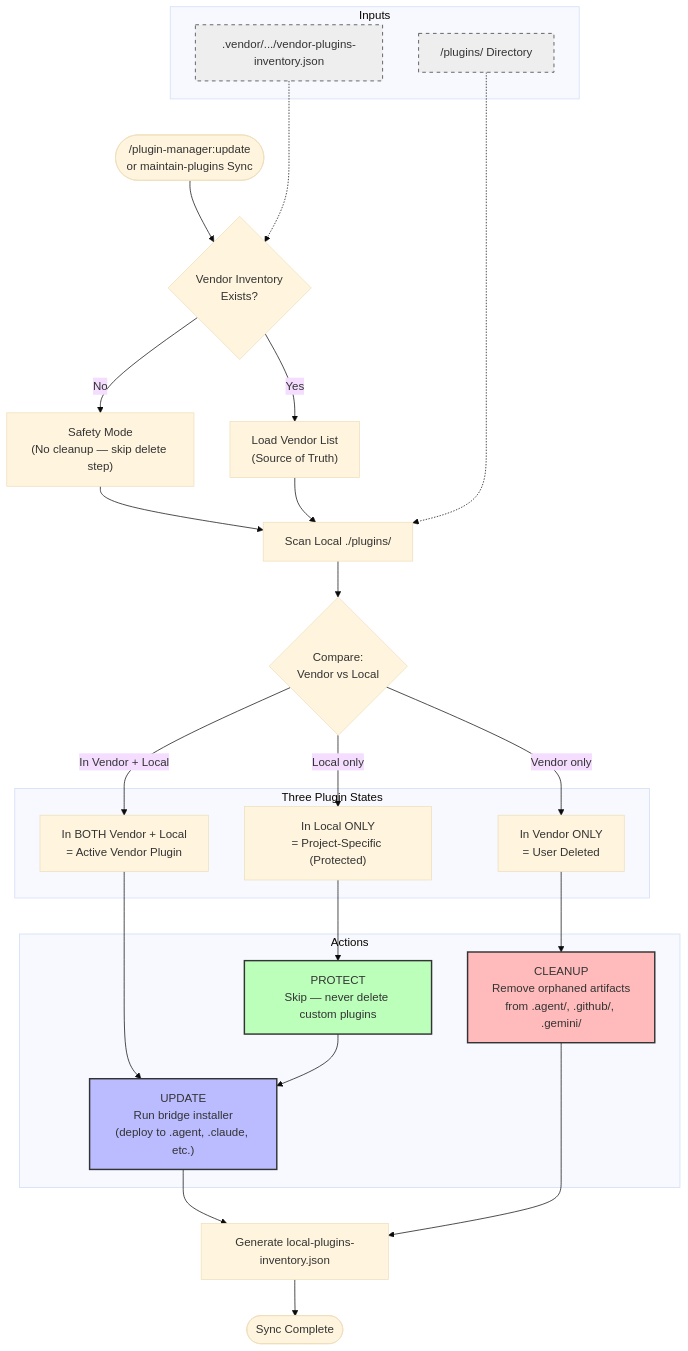
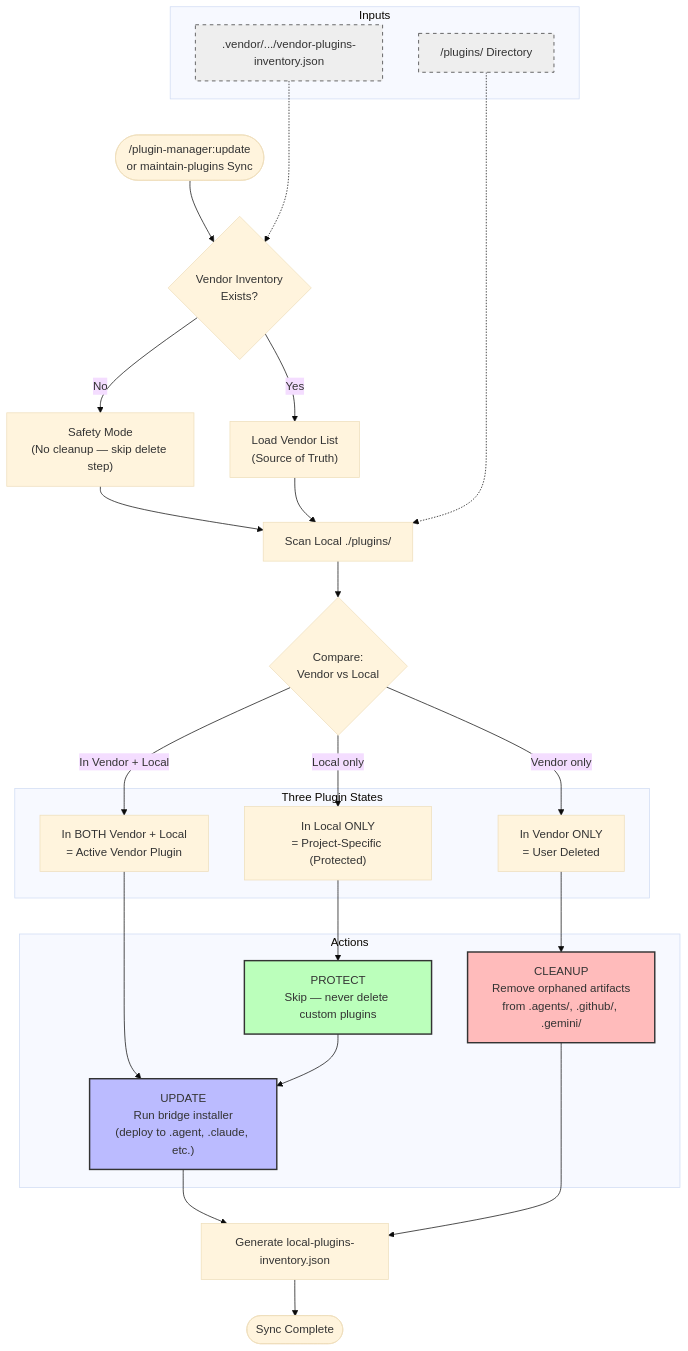
The diagram in plugins/plugin-manager/assets/diagrams/cleanup_flow.mmd (richfrem/agent-plugins-skills), drawn with Mermaid (base theme) before and after one commit. The commit also changed 33 other files, not shown here.

Commit message:
additional symlink fixes and references to .agents vs .agent

```diff
--- a/plugins/plugin-manager/assets/diagrams/cleanup_flow.mmd
+++ b/plugins/plugin-manager/assets/diagrams/cleanup_flow.mmd
@@ -1,67 +1,67 @@
 flowchart TD
     %% Plugin Maintenance: Sync Flow
 
     subgraph Inputs
         LocalDir["/plugins/ Directory"]
         VendorFile[".vendor/.../vendor-plugins-inventory.json"]
     end
 
     Start(["/plugin-manager:update\nor maintain-plugins Sync"])
     CheckVendor{"Vendor Inventory\nExists?"}
 
     LoadVendor["Load Vendor List\n(Source of Truth)"]
     SafeMode["Safety Mode\n(No cleanup — skip delete step)"]
 
     ScanLocal["Scan Local ./plugins/"]
 
     Compare{"Compare:\nVendor vs Local"}
 
     subgraph States ["Three Plugin States"]
         Active["In BOTH Vendor + Local\n= Active Vendor Plugin"]
         Private["In Local ONLY\n= Project-Specific (Protected)"]
         Deleted["In Vendor ONLY\n= User Deleted"]
     end
 
     subgraph Actions
         Update["UPDATE\nRun bridge installer\n(deploy to .agent, .claude, etc.)"]
         Protect["PROTECT\nSkip — never delete custom plugins"]
-        Cleanup["CLEANUP\nRemove orphaned artifacts\nfrom .agent/, .github/, .gemini/"]
+        Cleanup["CLEANUP\nRemove orphaned artifacts\nfrom .agents/, .github/, .gemini/"]
     end
 
     Report["Generate local-plugins-inventory.json"]
     EndNode(["Sync Complete"])
 
     %% Connections
     Start --> CheckVendor
     CheckVendor -->|"Yes"| LoadVendor
     CheckVendor -->|"No"| SafeMode
     SafeMode --> ScanLocal
     LoadVendor --> ScanLocal
     ScanLocal --> Compare
 
     Compare -->|"In Vendor + Local"| Active
     Compare -->|"Local only"| Private
     Compare -->|"Vendor only"| Deleted
 
     Active --> Update
     Private --> Protect
     Deleted --> Cleanup
     Protect --> Update
 
     Update --> Report
     Cleanup --> Report
     Report --> EndNode
 
     VendorFile -..-> CheckVendor
     LocalDir -..-> ScanLocal
 
     %% Styles
     classDef file fill:#eee,stroke:#333,stroke-width:1px,stroke-dasharray: 5 5
     classDef action fill:#bbf,stroke:#333,stroke-width:2px
     classDef danger fill:#fbb,stroke:#333,stroke-width:2px
     classDef safe fill:#bfb,stroke:#333,stroke-width:2px
 
     class VendorFile,LocalDir file
     class Cleanup danger
     class Protect safe
     class Update action
```
